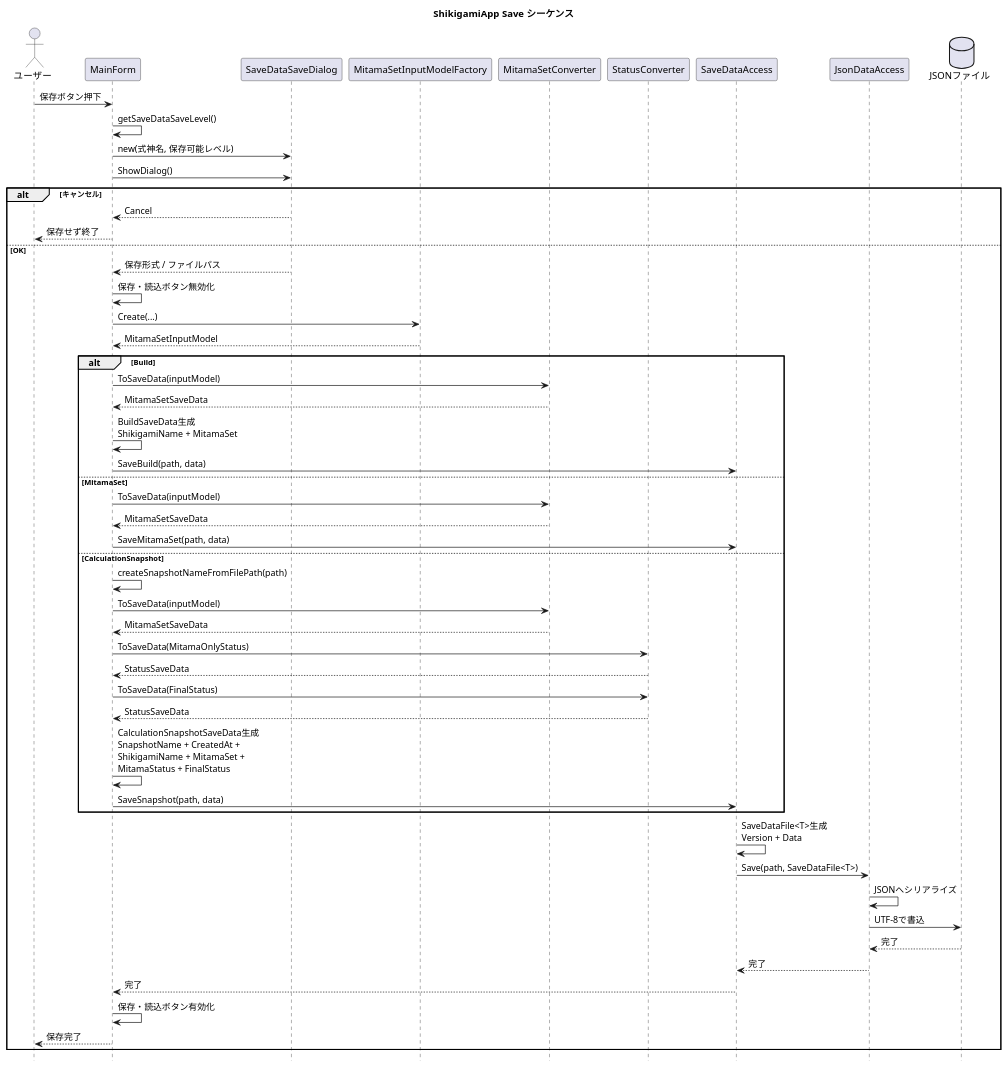
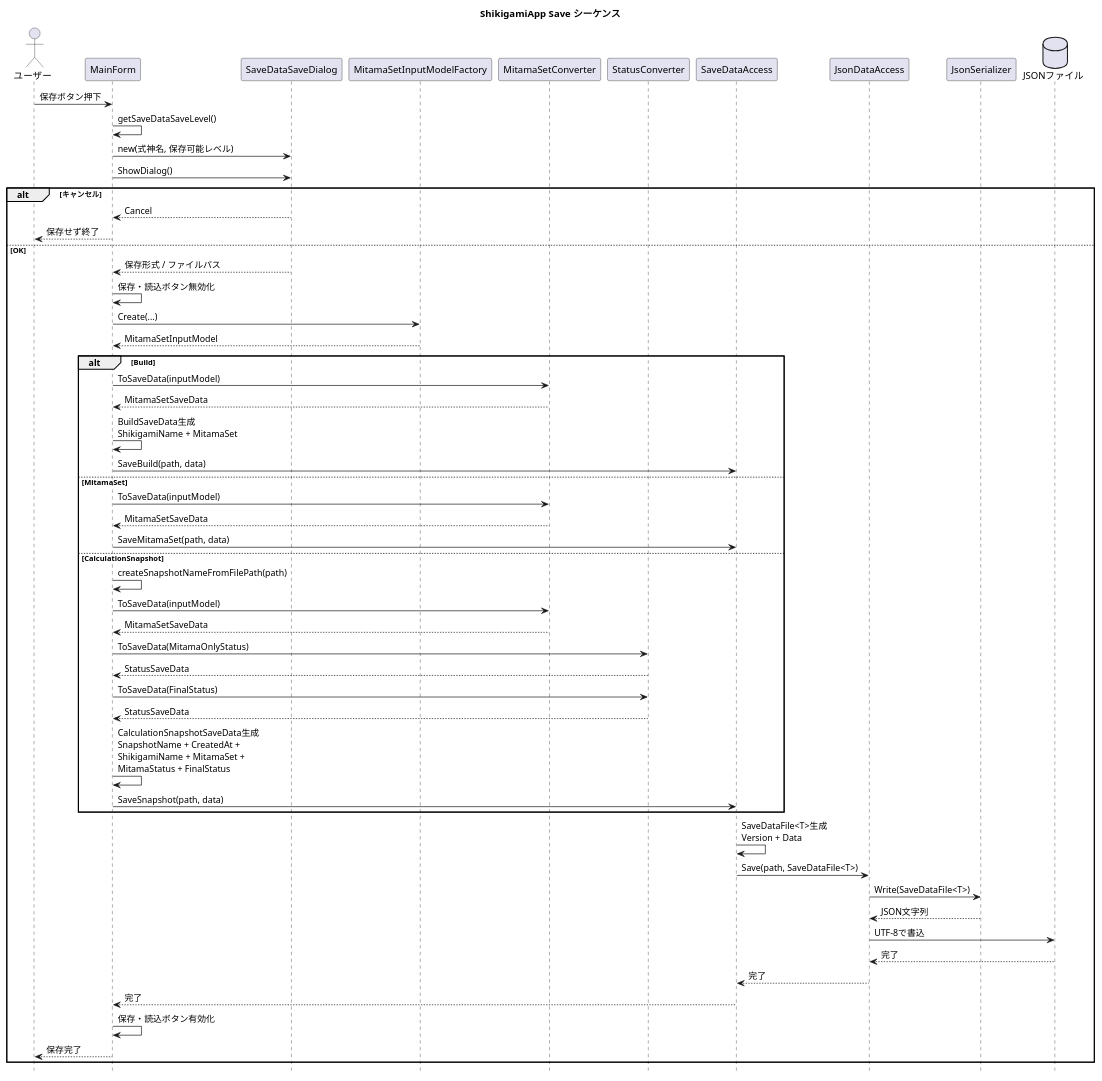
The diagram in Document/ShikigamiApp/Diagram/SaveData/save_sequence.wsd (Staraptor0398/ShikigamiStatusCalculator), drawn with PlantUML before and after one commit. The commit also changed 3 other files, not shown here.

Commit message:
Update SaveData sequence diagrams for JSON refactoring

```diff
--- a/Document/ShikigamiApp/Diagram/SaveData/save_sequence.wsd
+++ b/Document/ShikigamiApp/Diagram/SaveData/save_sequence.wsd
@@ -1,79 +1,82 @@
 @startuml
 title ShikigamiApp Save シーケンス
 
 hide footbox
 
 actor "ユーザー" as User
 
 participant "MainForm" as MainForm
 participant "SaveDataSaveDialog" as SaveDialog
 
 participant "MitamaSetInputModelFactory" as InputModelFactory
 participant "MitamaSetConverter" as MitamaSetConverter
 participant "StatusConverter" as StatusConverter
 
 participant "SaveDataAccess" as SaveDataAccess
 participant "JsonDataAccess" as JsonDataAccess
+participant "JsonSerializer" as JsonSerializer
 
 database "JSONファイル" as JsonFile
 
 User -> MainForm : 保存ボタン押下
 
 MainForm -> MainForm : getSaveDataSaveLevel()
 MainForm -> SaveDialog : new(式神名, 保存可能レベル)
 MainForm -> SaveDialog : ShowDialog()
 
 alt キャンセル
    SaveDialog --> MainForm : Cancel
    MainForm --> User : 保存せず終了
 else OK
    SaveDialog --> MainForm : 保存形式 / ファイルパス
    MainForm -> MainForm : 保存・読込ボタン無効化
 
    MainForm -> InputModelFactory : Create(...)
    InputModelFactory --> MainForm : MitamaSetInputModel
 
    alt Build
        MainForm -> MitamaSetConverter : ToSaveData(inputModel)
        MitamaSetConverter --> MainForm : MitamaSetSaveData
 
        MainForm -> MainForm : BuildSaveData生成\nShikigamiName + MitamaSet
        MainForm -> SaveDataAccess : SaveBuild(path, data)
 
    else MitamaSet
        MainForm -> MitamaSetConverter : ToSaveData(inputModel)
        MitamaSetConverter --> MainForm : MitamaSetSaveData
 
        MainForm -> SaveDataAccess : SaveMitamaSet(path, data)
 
    else CalculationSnapshot
        MainForm -> MainForm : createSnapshotNameFromFilePath(path)
 
        MainForm -> MitamaSetConverter : ToSaveData(inputModel)
        MitamaSetConverter --> MainForm : MitamaSetSaveData
 
        MainForm -> StatusConverter : ToSaveData(MitamaOnlyStatus)
        StatusConverter --> MainForm : StatusSaveData
 
        MainForm -> StatusConverter : ToSaveData(FinalStatus)
        StatusConverter --> MainForm : StatusSaveData
 
        MainForm -> MainForm : CalculationSnapshotSaveData生成\nSnapshotName + CreatedAt +\nShikigamiName + MitamaSet +\nMitamaStatus + FinalStatus
 
        MainForm -> SaveDataAccess : SaveSnapshot(path, data)
    end
 
    SaveDataAccess -> SaveDataAccess : SaveDataFile<T>生成\nVersion + Data
    SaveDataAccess -> JsonDataAccess : Save(path, SaveDataFile<T>)
 
-   JsonDataAccess -> JsonDataAccess : JSONへシリアライズ
+   JsonDataAccess -> JsonSerializer : Write(SaveDataFile<T>)
+   JsonSerializer --> JsonDataAccess : JSON文字列
+
    JsonDataAccess -> JsonFile : UTF-8で書込
    JsonFile --> JsonDataAccess : 完了
    JsonDataAccess --> SaveDataAccess : 完了
    SaveDataAccess --> MainForm : 完了
 
    MainForm -> MainForm : 保存・読込ボタン有効化
    MainForm --> User : 保存完了
 end
 
 @enduml
```
